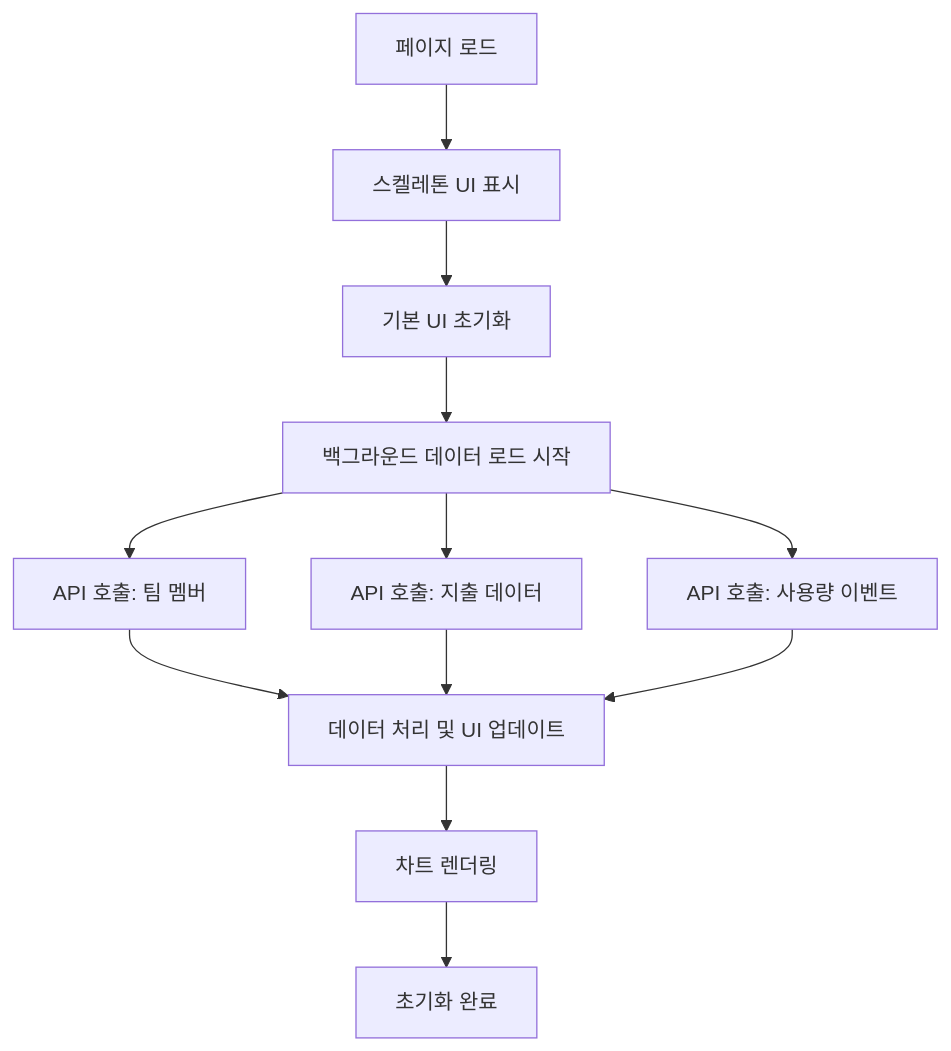
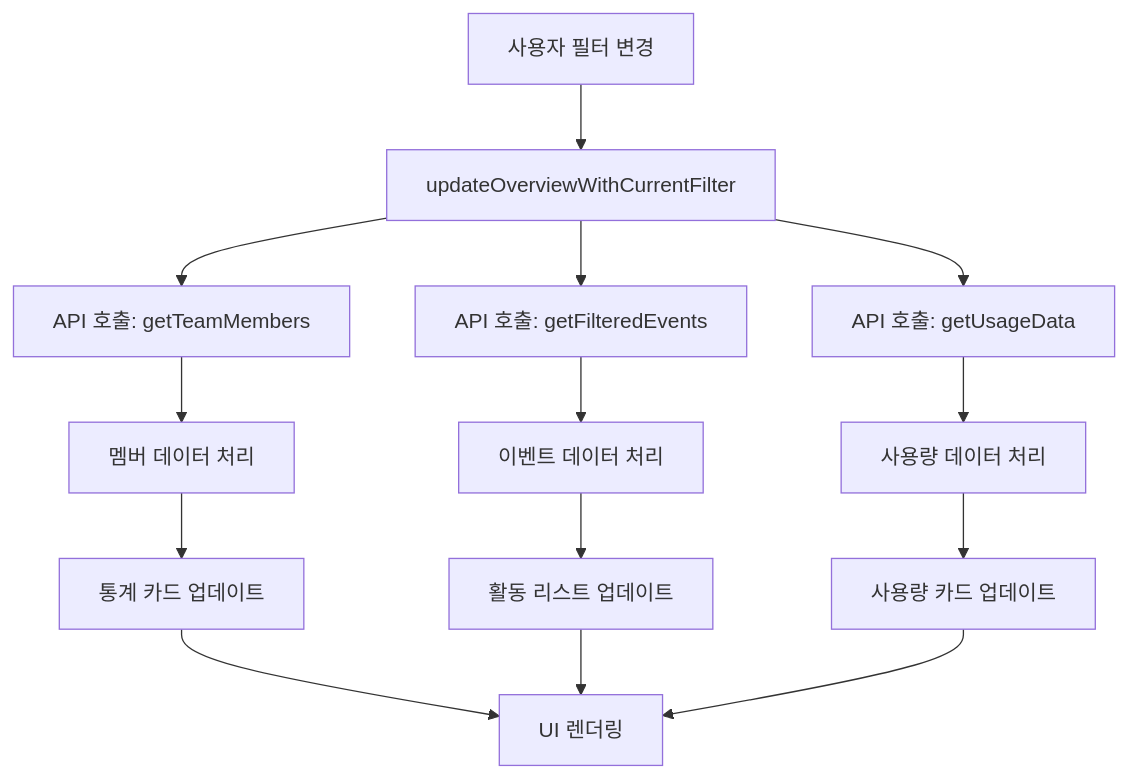
One commit to jeongmin-na/dashboard changed the first of 3 diagrams in technical_documentation.md. Above: the diagram before and after it, drawn with Mermaid. The commit also changed other lines of this file and 1 other file, not shown here.

Commit message:
문서 업데이트: Overview 섹션 사용량 카드 필터링 수정 내용 반영

````diff
--- a/technical_documentation.md
+++ b/technical_documentation.md
@@ -429,14 +251,16 @@
 ```mermaid
 graph TD
-    A[페이지 로드] --> B[스켈레톤 UI 표시]
-    B --> C[기본 UI 초기화]
-    C --> D[백그라운드 데이터 로드 시작]
-    D --> E[API 호출: 팀 멤버]
-    D --> F[API 호출: 지출 데이터]
-    D --> G[API 호출: 사용량 이벤트]
-    E --> H[데이터 처리 및 UI 업데이트]
-    F --> H
-    G --> H
-    H --> I[차트 렌더링]
-    I --> J[초기화 완료]
+    A[사용자 필터 변경] --> B[updateOverviewWithCurrentFilter]
+    B --> C[API 호출: getTeamMembers]
+    B --> D[API 호출: getFilteredEvents]
+    B --> E[API 호출: getUsageData]
+    C --> F[멤버 데이터 처리]
+    D --> G[이벤트 데이터 처리]
+    E --> H[사용량 데이터 처리]
+    F --> I[통계 카드 업데이트]
+    G --> J[활동 리스트 업데이트]
+    H --> K[사용량 카드 업데이트]
+    I --> L[UI 렌더링]
+    J --> L
+    K --> L
 ```
````
